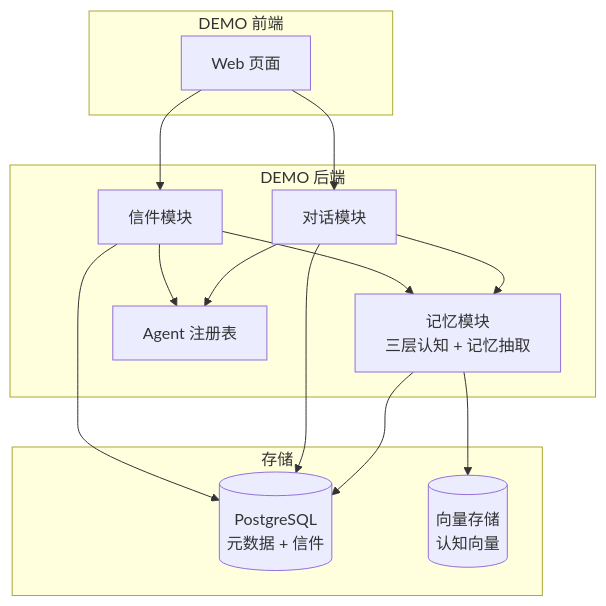
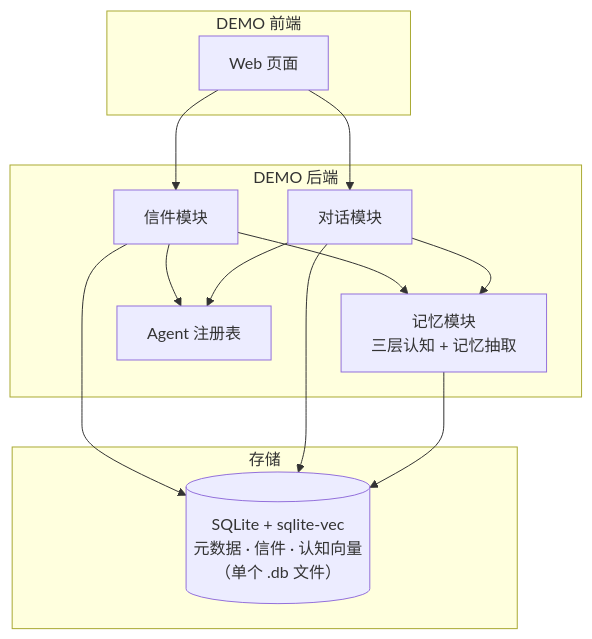
One commit to go-sailing/meta-world changed the first of 6 diagrams in docs/智能体产品设计文档.md. Above: the diagram before and after it, drawn with Mermaid. The commit also changed other lines of this file, not shown here.

````diff
--- a/docs/智能体产品设计文档.md
+++ b/docs/智能体产品设计文档.md
@@ -65,29 +65,27 @@
 ```mermaid
 graph TB
     subgraph DEMO 前端
         Web[Web 页面]
     end
 
     subgraph DEMO 后端
         Dialog[对话模块]
         Mail[信件模块]
         Memory[记忆模块<br/>三层认知 + 记忆抽取]
         Agent[Agent 注册表]
     end
 
     subgraph 存储
-        PG[(PostgreSQL<br/>元数据 + 信件)]
-        Vec[(向量存储<br/>认知向量)]
+        DB[("SQLite + sqlite-vec<br/>元数据 · 信件 · 认知向量<br/>（单个 .db 文件）")]
     end
 
     Web --> Dialog
     Web --> Mail
     Dialog --> Memory
     Mail --> Memory
     Dialog --> Agent
     Mail --> Agent
-    Memory --> PG
-    Memory --> Vec
-    Dialog --> PG
-    Mail --> PG
+    Memory --> DB
+    Dialog --> DB
+    Mail --> DB
 ```
````
